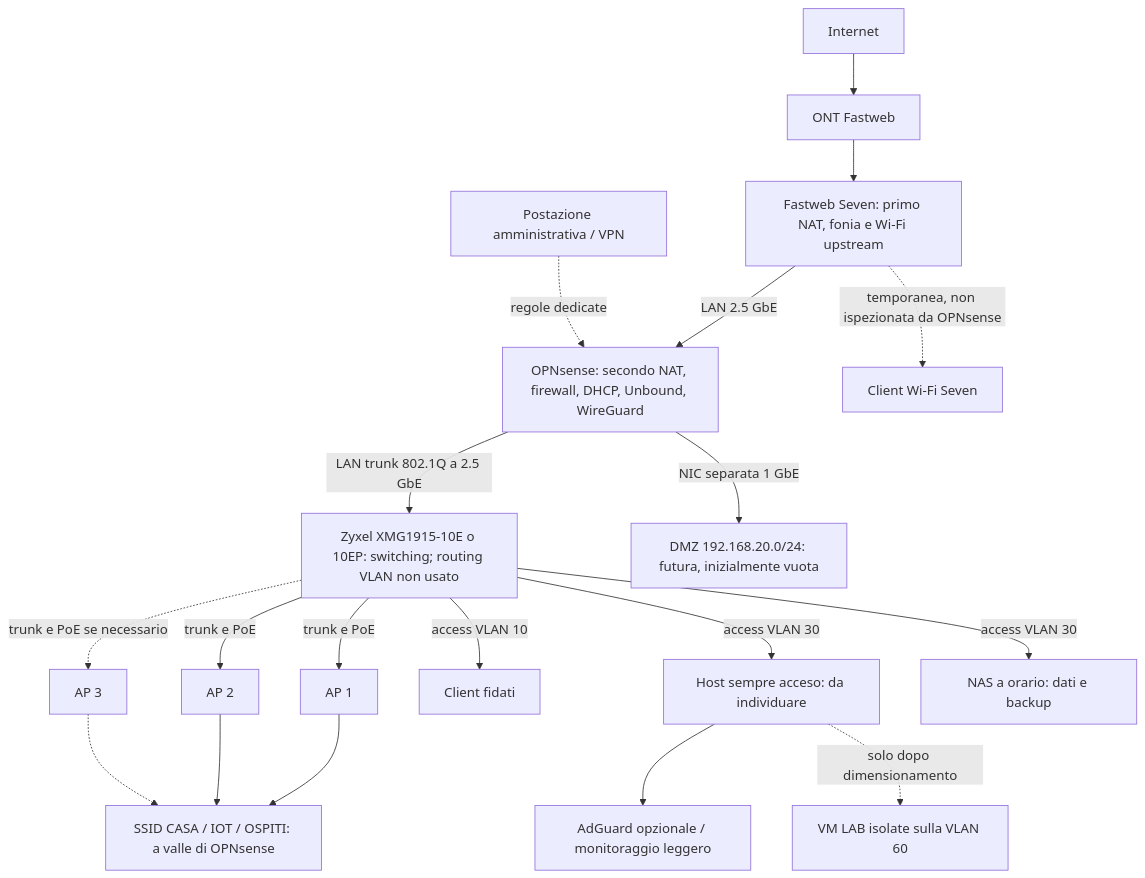
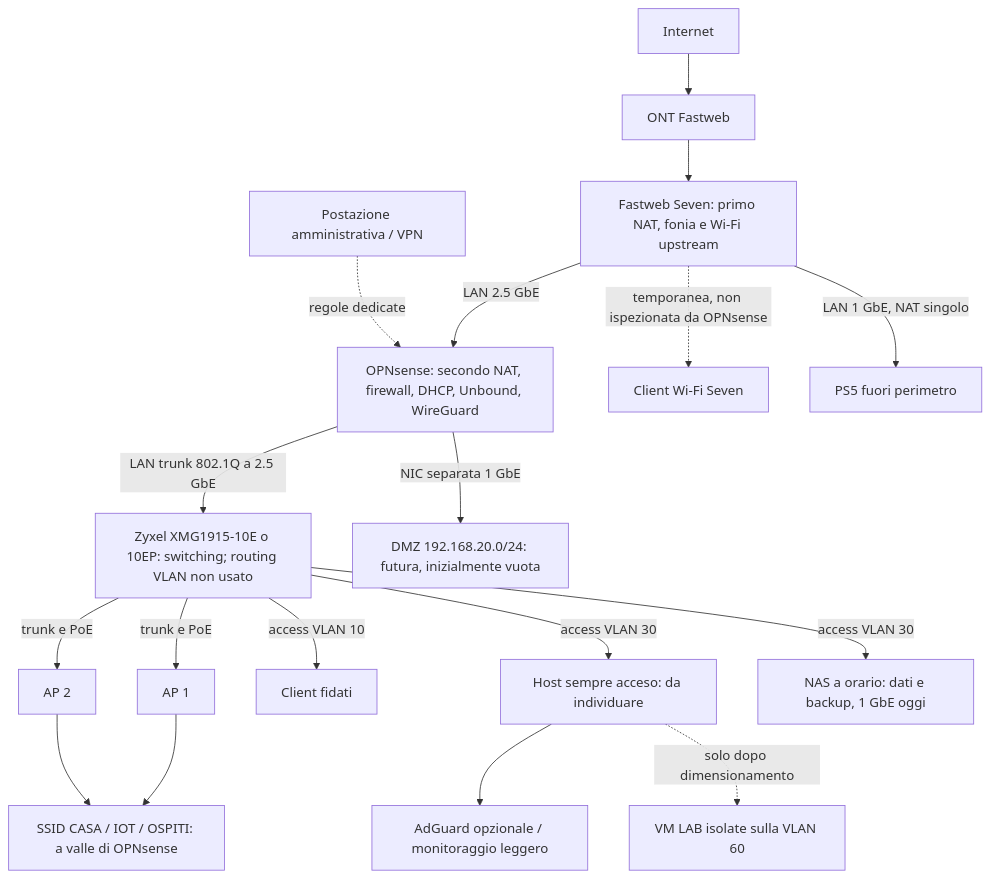
Before and after one commit to alesop95/home-lab-cybersec-networking: the second of 3 diagrams in docs/03-spunti-di-sviluppo/23-studio-home-lab/01-architettura.md, drawn with Mermaid. The commit also changed other lines of this file and 16 other files, not shown here.

````diff
--- a/docs/03-spunti-di-sviluppo/23-studio-home-lab/01-architettura.md
+++ b/docs/03-spunti-di-sviluppo/23-studio-home-lab/01-architettura.md
@@ -26,21 +26,20 @@
 ```mermaid
 flowchart TB
   WAN[Internet] --> O[ONT Fastweb]
   O --> M[Fastweb Seven: primo NAT, fonia e Wi-Fi upstream]
   M -->|LAN 2.5 GbE| F[OPNsense: secondo NAT, firewall, DHCP, Unbound, WireGuard]
   F -->|LAN trunk 802.1Q a 2.5 GbE| S[Zyxel XMG1915-10E o 10EP: switching; routing VLAN non usato]
   F -->|NIC separata 1 GbE| D[DMZ 192.168.20.0/24: futura, inizialmente vuota]
   S -->|trunk e PoE| A1[AP 1]
   S -->|trunk e PoE| A2[AP 2]
-  S -. "trunk e PoE se necessario" .-> A3[AP 3]
   S -->|access VLAN 10| PC[Client fidati]
   S -->|access VLAN 30| H[Host sempre acceso: da individuare]
-  S -->|access VLAN 30| N[NAS a orario: dati e backup]
+  S -->|access VLAN 30| N[NAS a orario: dati e backup, 1 GbE oggi]
   H --> DNS[AdGuard opzionale / monitoraggio leggero]
   H -. "solo dopo dimensionamento" .-> LAB[VM LAB isolate sulla VLAN 60]
   A1 --> WIFI[SSID CASA / IOT / OSPITI: a valle di OPNsense]
   A2 --> WIFI
-  A3 -.-> WIFI
   M -. "temporanea, non ispezionata da OPNsense" .-> OLDWIFI[Client Wi-Fi Seven]
+  M -->|LAN 1 GbE, NAT singolo| PS5[PS5 fuori perimetro]
   ADM[Postazione amministrativa / VPN] -. "regole dedicate" .-> F
 ```
````
